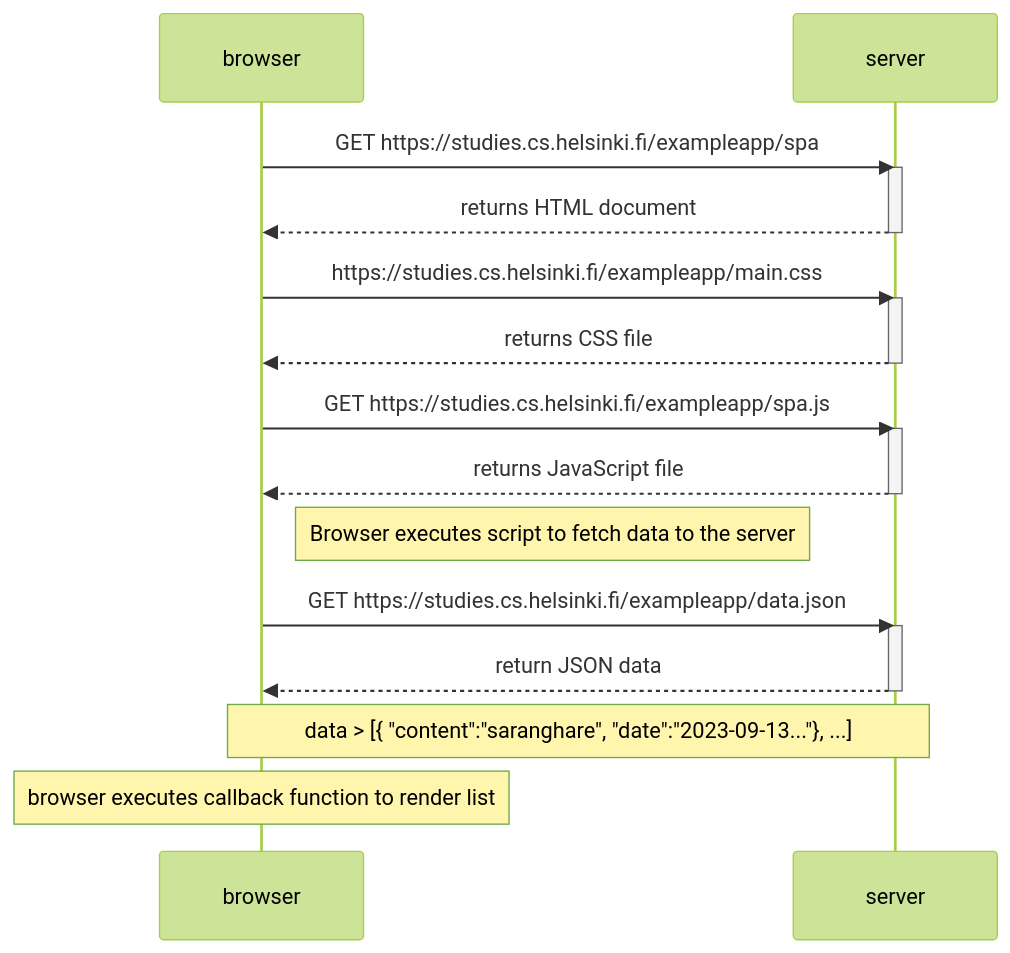
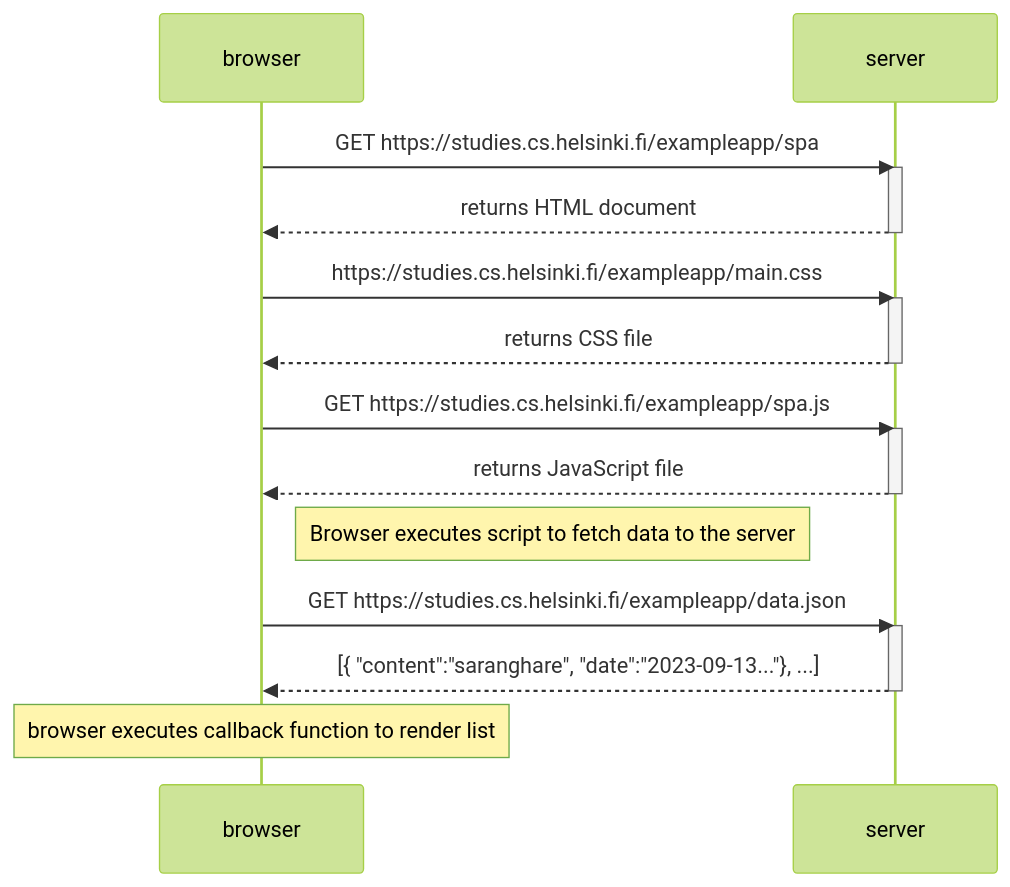
One commit to Dani-0TB/fullstack-open-submissions changed the diagram in part0/0.5-sp-app-diagram.md. Above: the diagram before and after it, drawn with Mermaid (forest theme). The commit also changed 2 other files, not shown here.

Commit message:
modidied diagrams, finished sp-new-note diagram

````diff
--- a/part0/0.5-sp-app-diagram.md
+++ b/part0/0.5-sp-app-diagram.md
@@ -3,32 +3,30 @@
 ```mermaid
 
 sequenceDiagram
   participant browser
   participant server
 
   browser->>server: GET https://studies.cs.helsinki.fi/exampleapp/spa
   activate server
   server-->>browser: returns HTML document
   deactivate server
 
   browser->>server: https://studies.cs.helsinki.fi/exampleapp/main.css
   activate server
   server-->>browser: returns CSS file
   deactivate server
   
   browser->>server: GET https://studies.cs.helsinki.fi/exampleapp/spa.js
   activate server
   server-->>browser: returns JavaScript file
   deactivate server
 
   note right of browser: Browser executes script to fetch data to the server
   
   browser->>server: GET https://studies.cs.helsinki.fi/exampleapp/data.json
   activate server
-  server-->>browser: return JSON data
+  server-->>browser: [{ "content":"saranghare", "date":"2023-09-13..."}, ...]
   deactivate server
-
-  note over browser,server: data > [{ "content":"saranghare", "date":"2023-09-13..."}, ...]
 
   note over browser: browser executes callback function to render list
 ```
````
